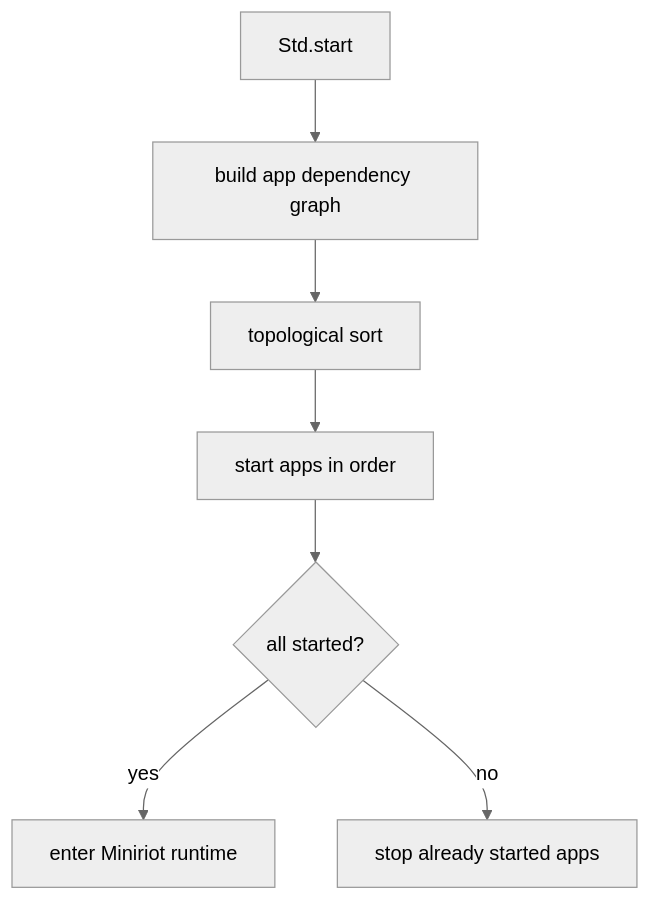
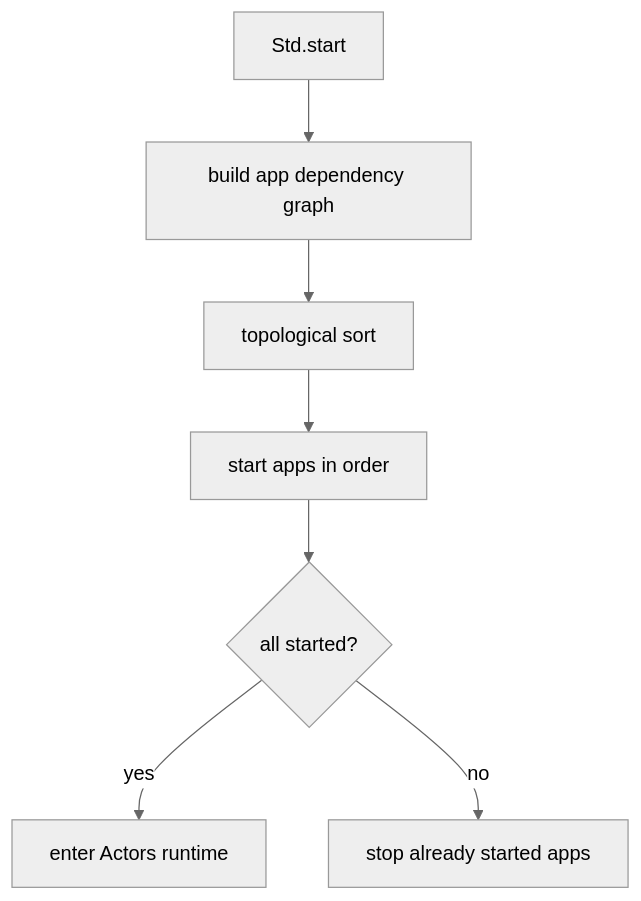
The fourth of 4 diagrams in docs/rfds/RFD0005-kernel-and-std-snapshot.md (leostera/riot-lang), drawn with Mermaid (neutral theme) before and after one commit. The commit also changed other lines of this file and 1272 other files, not shown here.

````diff
--- a/docs/rfds/RFD0005-kernel-and-std-snapshot.md
+++ b/docs/rfds/RFD0005-kernel-and-std-snapshot.md
@@ -260,9 +260,9 @@
 ```mermaid
 flowchart TD
   A[Std.start] --> B[build app dependency graph]
   B --> C[topological sort]
   C --> D[start apps in order]
   D --> E{all started?}
-  E -->|yes| F[enter Miniriot runtime]
+  E -->|yes| F[enter Actors runtime]
   E -->|no| G[stop already started apps]
 ```
````
